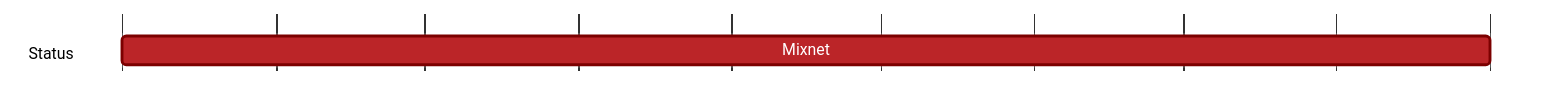
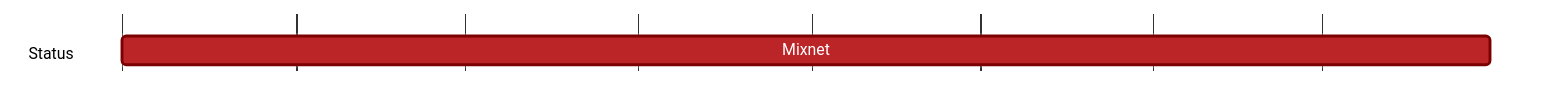
Before and after one commit to logos-co/roadmap: the diagram in content/vac/dst/deployment-and-analysis/nomos/mixnet.md, drawn with Mermaid. The commit also changed other lines of this file and 3 other files, not shown here.

````diff
--- a/content/vac/dst/deployment-and-analysis/nomos/mixnet.md
+++ b/content/vac/dst/deployment-and-analysis/nomos/mixnet.md
@@ -7,20 +7,20 @@
 ```mermaid
 %%{ 
   init: { 
     'theme': 'base', 
     'themeVariables': { 
       'primaryColor': '#BB2528', 
       'primaryTextColor': '#fff', 
       'primaryBorderColor': '#7C0000', 
       'lineColor': '#F8B229', 
       'secondaryColor': '#006100', 
       'tertiaryColor': '#fff' 
     } 
   } 
 }%%
 gantt
   tickInterval 1month
   dateFormat YYYY-MM-DD 
   section Status
-    Mixnet: 2024-05-01, 2025-02-01
+    Mixnet: 2024-05-01, 2024-12-31
 ```
````
